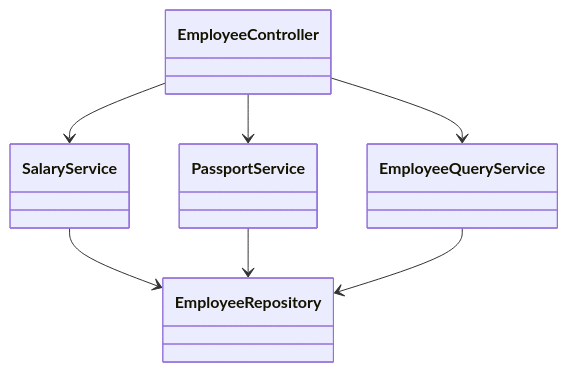
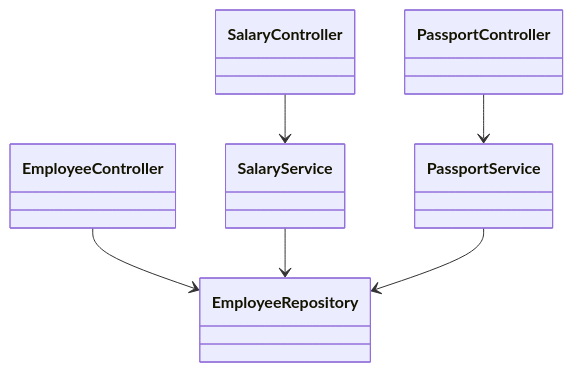
Before and after one commit to zejaven/learning-dungeon: the second of 2 diagrams in topics/employee-api-rest-cqrs/explanation.en.md, drawn with Mermaid. The commit also changed other lines of this file and 7 other files, not shown here.

````diff
--- a/topics/employee-api-rest-cqrs/explanation.en.md
+++ b/topics/employee-api-rest-cqrs/explanation.en.md
@@ -59,14 +59,14 @@
 ```mermaid
 classDiagram
   class EmployeeController
+  class SalaryController
+  class PassportController
   class SalaryService
   class PassportService
-  class EmployeeQueryService
   class EmployeeRepository
-  EmployeeController --> SalaryService
-  EmployeeController --> PassportService
-  EmployeeController --> EmployeeQueryService
+  EmployeeController --> EmployeeRepository
+  SalaryController --> SalaryService
+  PassportController --> PassportService
   SalaryService --> EmployeeRepository
   PassportService --> EmployeeRepository
-  EmployeeQueryService --> EmployeeRepository
 ```
````
